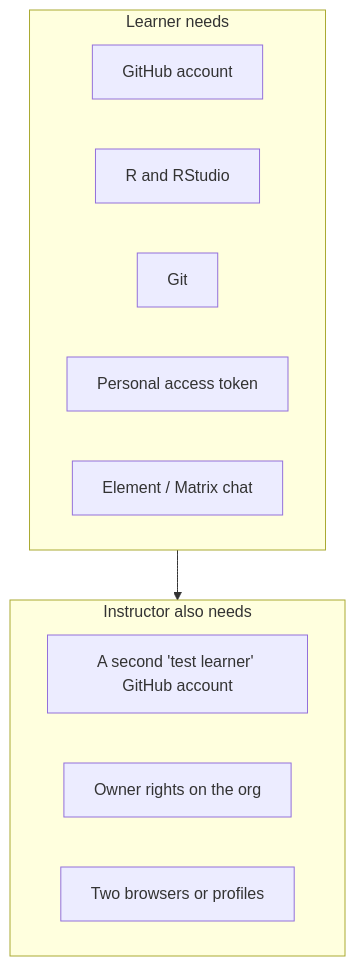
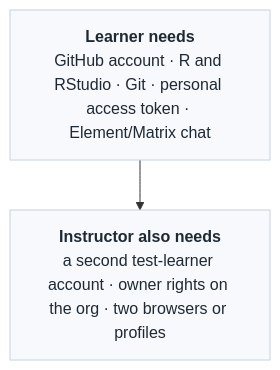
Before and after one commit to gitforsci/website: the diagram in part-prerequisites.qmd, drawn with Mermaid. The commit also changed 9 other files, not shown here.

First line of the commit message:
docs(book): unify all mermaid diagrams on the overview style

````diff
--- a/part-prerequisites.qmd
+++ b/part-prerequisites.qmd
@@ -11,16 +11,9 @@
 ```{mermaid}
 flowchart TD
-    subgraph L[Learner needs]
-        GH[GitHub account]
-        R[R and RStudio]
-        G[Git]
-        PAT[Personal access token]
-        EL[Element / Matrix chat]
-    end
-    subgraph T[Instructor also needs]
-        TL[A second 'test learner' GitHub account]
-        OWN[Owner rights on the org]
-        TWO[Two browsers or profiles]
-    end
+    classDef layer fill:#f7f9fc,stroke:#c7d2e0,color:#1f2933;
+
+    L["<b>Learner needs</b><br/>GitHub account · R and RStudio · Git · personal access token · Element/Matrix chat"]:::layer
+    T["<b>Instructor also needs</b><br/>a second test-learner account · owner rights on the org · two browsers or profiles"]:::layer
+
     L --> T
 ```
````
